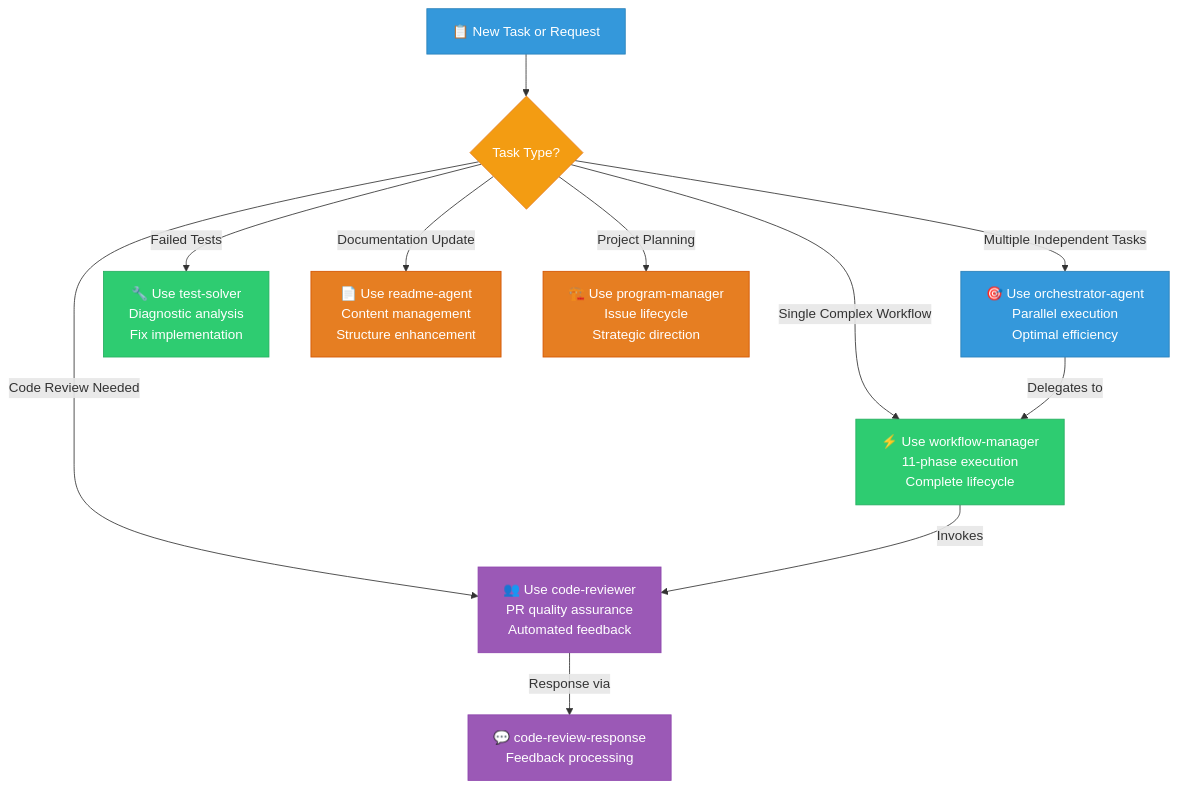
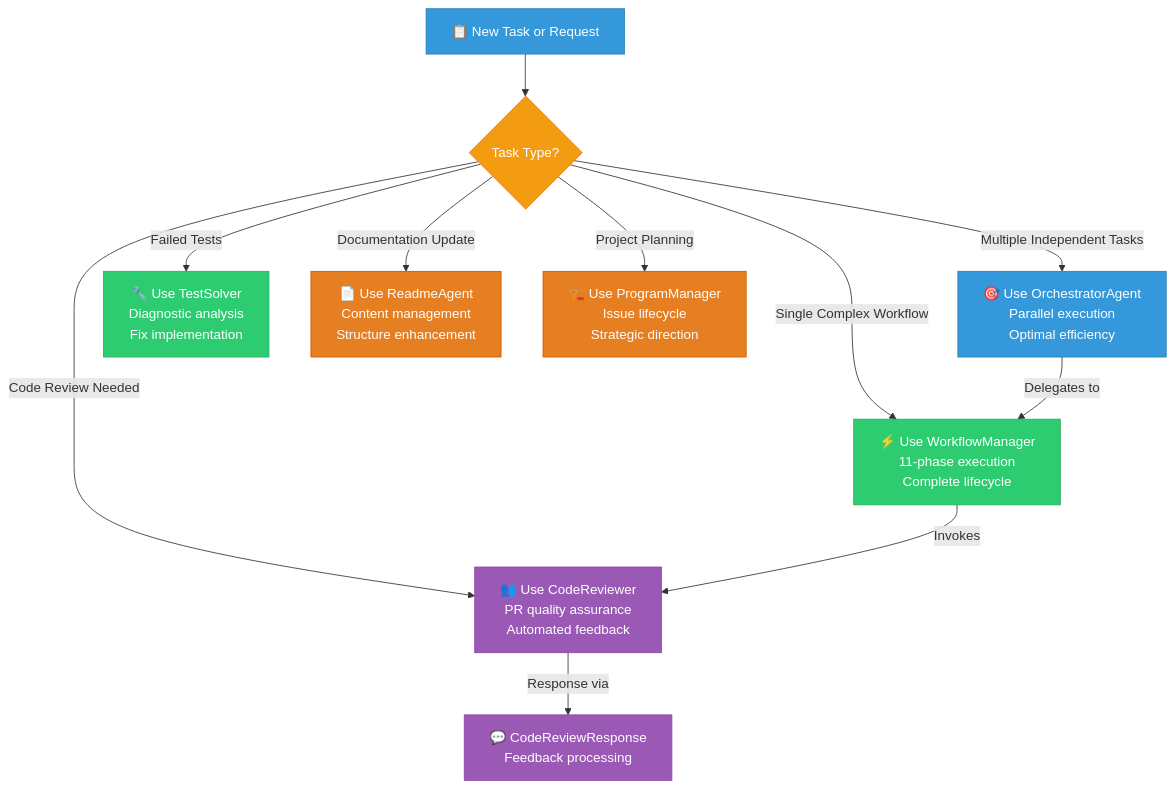
The third of 3 diagrams in README.md (rysweet/gadugi), drawn with Mermaid before and after one commit. The commit also changed other lines of this file and 424 other files, not shown here.

First line of the commit message:
feat: Complete service management and workflow enforcement system

````diff
--- a/README.md
+++ b/README.md
@@ -674,36 +674,36 @@
 ```mermaid
 flowchart TD
     Task[📋 New Task or Request] --> TaskType{Task Type?}
 
-    TaskType -->|Multiple Independent Tasks| Orchestrator[🎯 Use orchestrator-agent<br/>Parallel execution<br/>Optimal efficiency]
+    TaskType -->|Multiple Independent Tasks| Orchestrator[🎯 Use OrchestratorAgent<br/>Parallel execution<br/>Optimal efficiency]
 
-    TaskType -->|Single Complex Workflow| WorkflowMgr[⚡ Use workflow-manager<br/>11-phase execution<br/>Complete lifecycle]
+    TaskType -->|Single Complex Workflow| WorkflowMgr[⚡ Use WorkflowManager<br/>11-phase execution<br/>Complete lifecycle]
 
-    TaskType -->|Code Review Needed| CodeReview[👥 Use code-reviewer<br/>PR quality assurance<br/>Automated feedback]
+    TaskType -->|Code Review Needed| CodeReview[👥 Use CodeReviewer<br/>PR quality assurance<br/>Automated feedback]
 
-    TaskType -->|Failed Tests| TestSolver[🔧 Use test-solver<br/>Diagnostic analysis<br/>Fix implementation]
+    TaskType -->|Failed Tests| TestSolver[🔧 Use TestSolver<br/>Diagnostic analysis<br/>Fix implementation]
 
-    TaskType -->|Documentation Update| ReadmeAgent[📄 Use readme-agent<br/>Content management<br/>Structure enhancement]
+    TaskType -->|Documentation Update| ReadmeAgent[📄 Use ReadmeAgent<br/>Content management<br/>Structure enhancement]
 
-    TaskType -->|Project Planning| ProgramMgr[🏗️ Use program-manager<br/>Issue lifecycle<br/>Strategic direction]
+    TaskType -->|Project Planning| ProgramMgr[🏗️ Use ProgramManager<br/>Issue lifecycle<br/>Strategic direction]
 
     %% Detailed workflows
     Orchestrator --> |Delegates to| WorkflowMgr
     WorkflowMgr --> |Invokes| CodeReview
-    CodeReview --> |Response via| ReviewResponse[💬 code-review-response<br/>Feedback processing]
+    CodeReview --> |Response via| ReviewResponse[💬 CodeReviewResponse<br/>Feedback processing]
 
     %% Styling
     classDef start fill:#3498db,stroke:#2980b9,color:#fff
     classDef decision fill:#f39c12,stroke:#e67e22,color:#fff
     classDef orchestration fill:#3498db,stroke:#2980b9,color:#fff
     classDef implementation fill:#2ecc71,stroke:#27ae60,color:#fff
     classDef review fill:#9b59b6,stroke:#8e44ad,color:#fff
     classDef maintenance fill:#e67e22,stroke:#d35400,color:#fff
 
     class Task start
     class TaskType decision
     class Orchestrator orchestration
     class WorkflowMgr,TestSolver implementation
     class CodeReview,ReviewResponse review
     class ReadmeAgent,ProgramMgr maintenance
 ```
````
